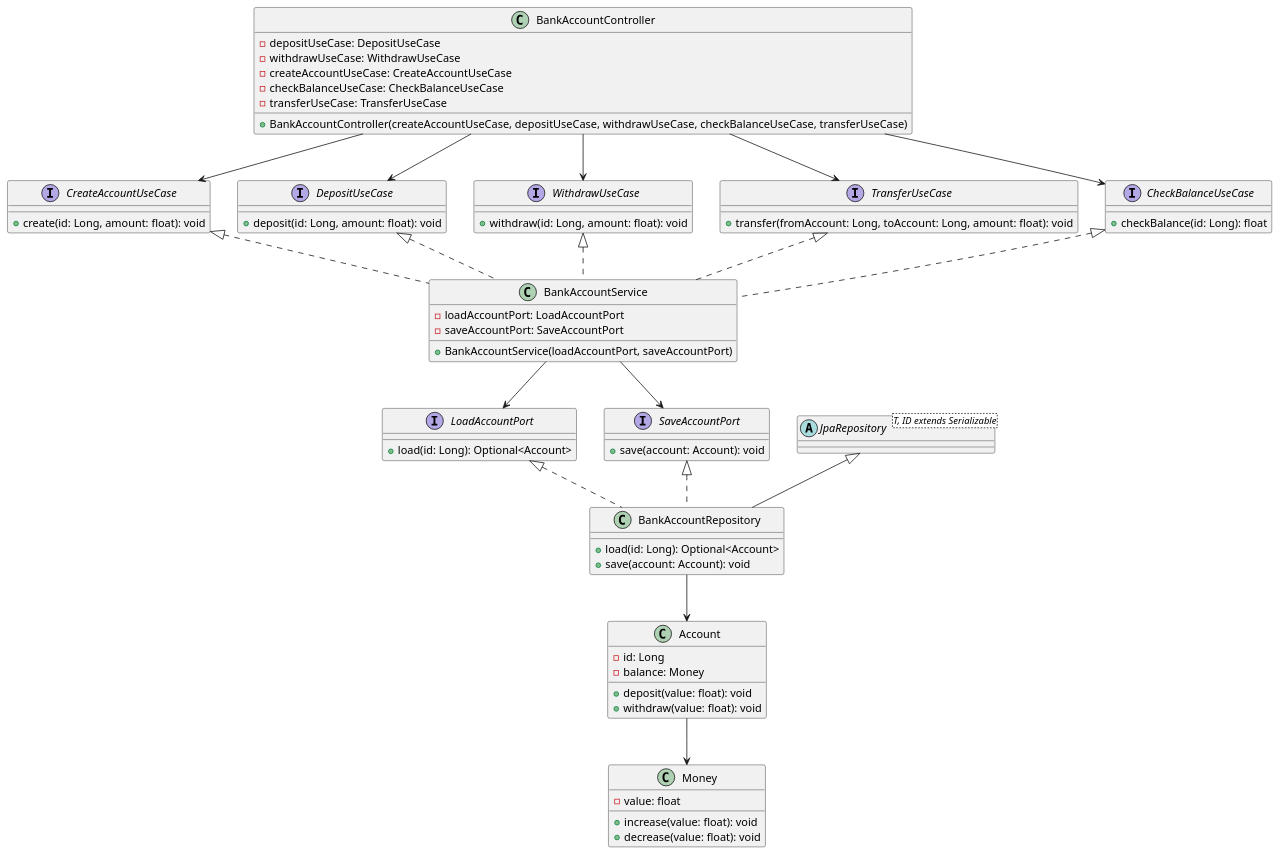
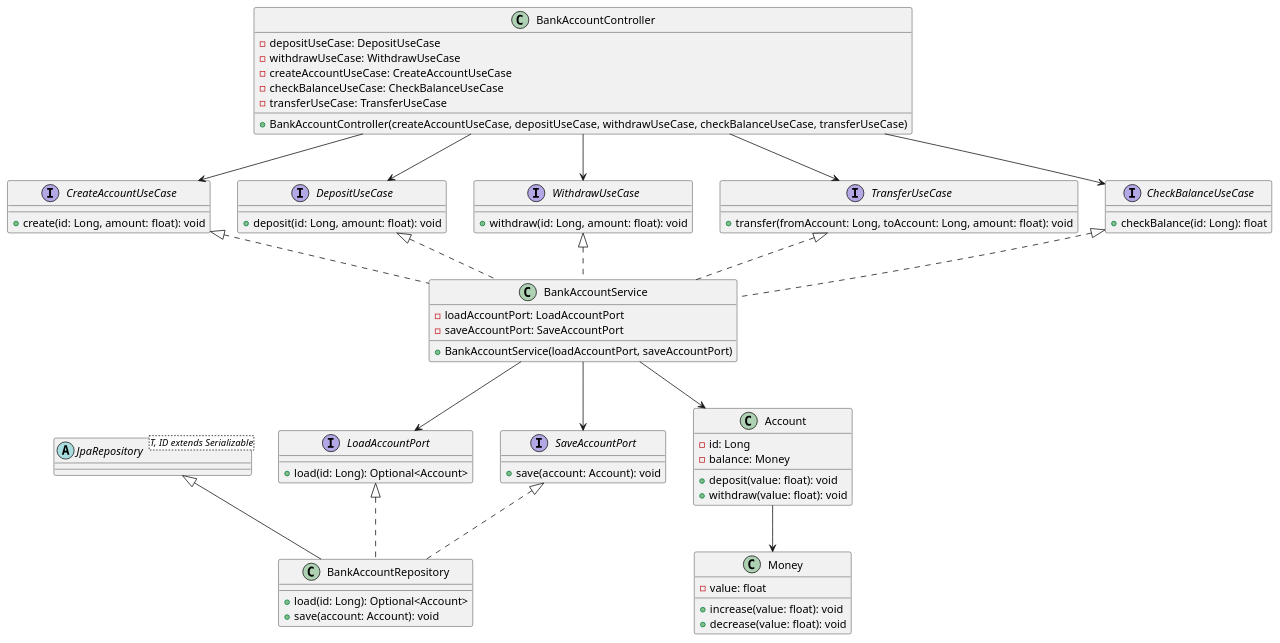
The diagram in docs/diagrams/hexagonal-class-diagram.puml (mmendespro/quarkus-hexagonal-arch-poc), drawn with PlantUML before and after one commit. The commit also changed 7 other files, not shown here.

```diff
--- a/docs/diagrams/hexagonal-class-diagram.puml
+++ b/docs/diagrams/hexagonal-class-diagram.puml
@@ -1,78 +1,77 @@
 @startuml 'solution-class-diagram'
 
     class Money {
         - value: float
         + increase(value: float): void
         + decrease(value: float): void
     }
 
     class Account {
         - id: Long
         - balance: Money
         + deposit(value: float): void
         + withdraw(value: float): void
     }
 
     interface CreateAccountUseCase {
         + create(id: Long, amount: float): void
     }
 
     interface DepositUseCase {
         + deposit(id: Long, amount: float): void
     }
 
     interface WithdrawUseCase {
         + withdraw(id: Long, amount: float): void
     }
 
     interface TransferUseCase {
         + transfer(fromAccount: Long, toAccount: Long, amount: float): void
     }
 
     interface CheckBalanceUseCase {
         + checkBalance(id: Long): float
     }
 
     interface LoadAccountPort {
         + load(id: Long): Optional<Account>
     }
 
     interface SaveAccountPort {
         + save(account: Account): void
     }
 
     abstract class JpaRepository<T, ID extends Serializable> {}
 
     class BankAccountRepository extends JpaRepository implements LoadAccountPort, SaveAccountPort {
         + load(id: Long): Optional<Account>
         + save(account: Account): void
     } 
 
     class BankAccountService implements CreateAccountUseCase, CheckBalanceUseCase, DepositUseCase, WithdrawUseCase, TransferUseCase {
         - loadAccountPort: LoadAccountPort
         - saveAccountPort: SaveAccountPort
         + BankAccountService(loadAccountPort, saveAccountPort)
     }
 
     class BankAccountController {
         - depositUseCase: DepositUseCase
         - withdrawUseCase: WithdrawUseCase
         - createAccountUseCase: CreateAccountUseCase
         - checkBalanceUseCase: CheckBalanceUseCase
         - transferUseCase: TransferUseCase 
         + BankAccountController(createAccountUseCase, depositUseCase, withdrawUseCase, checkBalanceUseCase, transferUseCase)
     }
 
     BankAccountController --> DepositUseCase
     BankAccountController --> WithdrawUseCase
     BankAccountController --> CreateAccountUseCase
     BankAccountController --> CheckBalanceUseCase
     BankAccountController --> TransferUseCase
     
     BankAccountService --> LoadAccountPort
     BankAccountService --> SaveAccountPort
-
-    BankAccountRepository --> Account
-
+    BankAccountService --> Account
+    
     Account --> Money    
 @enduml
```
